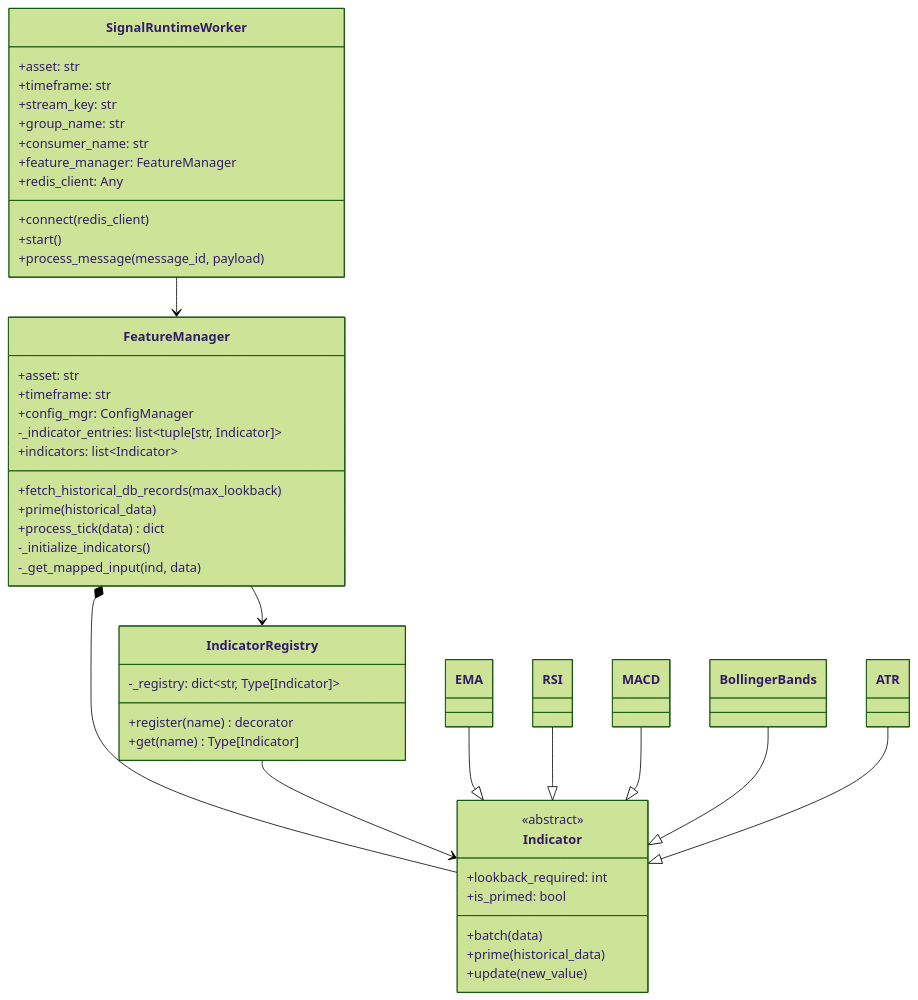
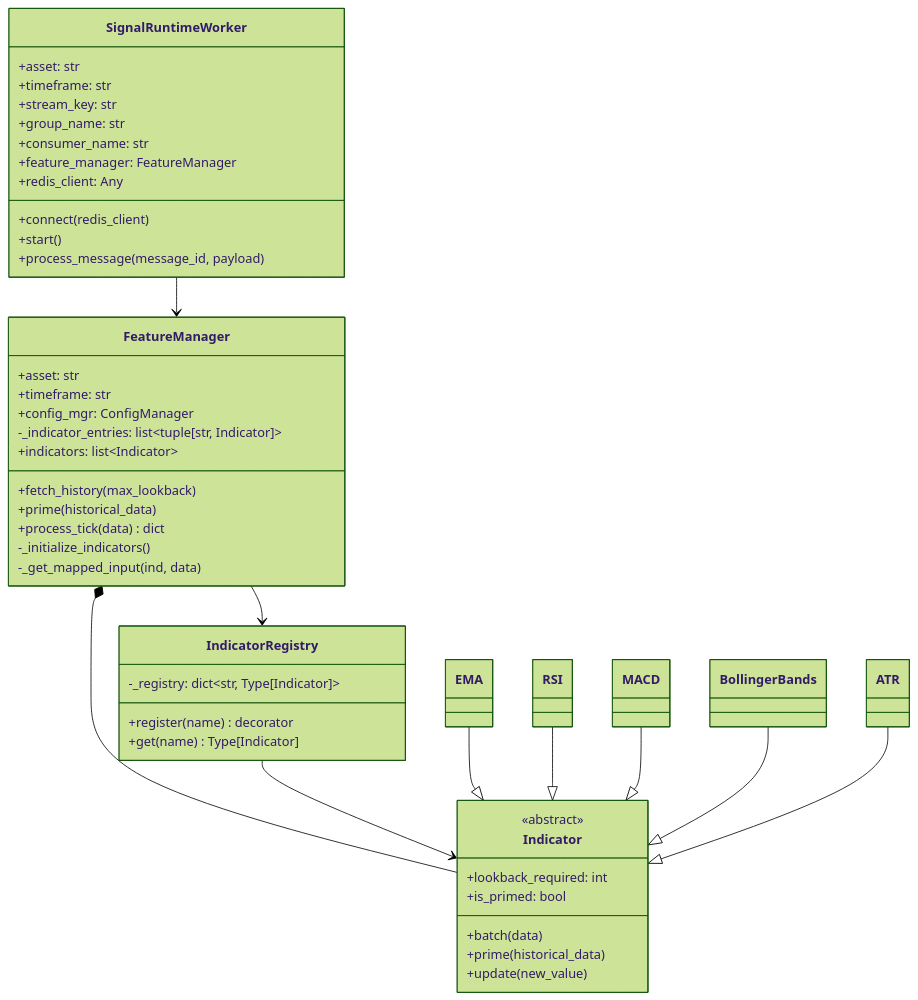
Before and after one commit to transparentCode/flipperAgent: the second of 5 diagrams in docs/signal_app.md, drawn with Mermaid (forest theme). The commit also changed other lines of this file and 325 other files, not shown here.

````diff
--- a/docs/signal_app.md
+++ b/docs/signal_app.md
@@ -59,59 +59,59 @@
 ```mermaid
 classDiagram
     class SignalRuntimeWorker {
         +asset: str
         +timeframe: str
         +stream_key: str
         +group_name: str
         +consumer_name: str
         +feature_manager: FeatureManager
         +redis_client: Any
         +connect(redis_client) 
         +start()
         +process_message(message_id, payload)
     }
 
     class FeatureManager {
         +asset: str
         +timeframe: str
         +config_mgr: ConfigManager
         -_indicator_entries: list~tuple[str, Indicator]~
         +indicators: list~Indicator~
-        +fetch_historical_db_records(max_lookback)
+        +fetch_history(max_lookback)
         +prime(historical_data)
         +process_tick(data) dict
         -_initialize_indicators()
         -_get_mapped_input(ind, data)
     }
 
     class IndicatorRegistry {
         -_registry: dict~str, Type[Indicator]~
         +register(name) decorator
         +get(name) Type[Indicator]
     }
 
     class Indicator {
         <<abstract>>
         +lookback_required: int
         +is_primed: bool
         +batch(data)
         +prime(historical_data)
         +update(new_value)
     }
 
     class EMA
     class RSI
     class MACD
     class BollingerBands
     class ATR
 
     SignalRuntimeWorker --> FeatureManager
     FeatureManager --> IndicatorRegistry
     FeatureManager *-- Indicator
     IndicatorRegistry --> Indicator
     EMA --|> Indicator
     RSI --|> Indicator
     MACD --|> Indicator
     BollingerBands --|> Indicator
     ATR --|> Indicator
 ```
````
